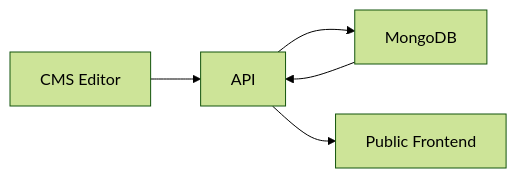
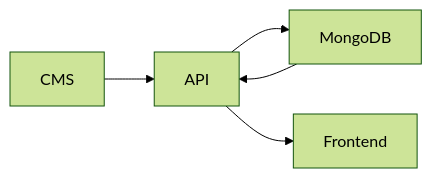
The diagram in cms/README.md (harsh-hsy/portfolio-ecosystem), drawn with Mermaid (forest theme) before and after one commit. The commit also changed other lines of this file and 3 other files, not shown here.

Commit message:
docs: align ecosystem readmes with current architecture

````diff
--- a/cms/README.md
+++ b/cms/README.md
@@ -49,7 +40,7 @@
 ```mermaid
 flowchart LR
-  Editor["CMS Editor"] --> API["API"]
+  CMS["CMS"] --> API["API"]
   API --> DB["MongoDB"]
   DB --> API
-  API --> Frontend["Public Frontend"]
+  API --> Frontend["Frontend"]
 ```
````
